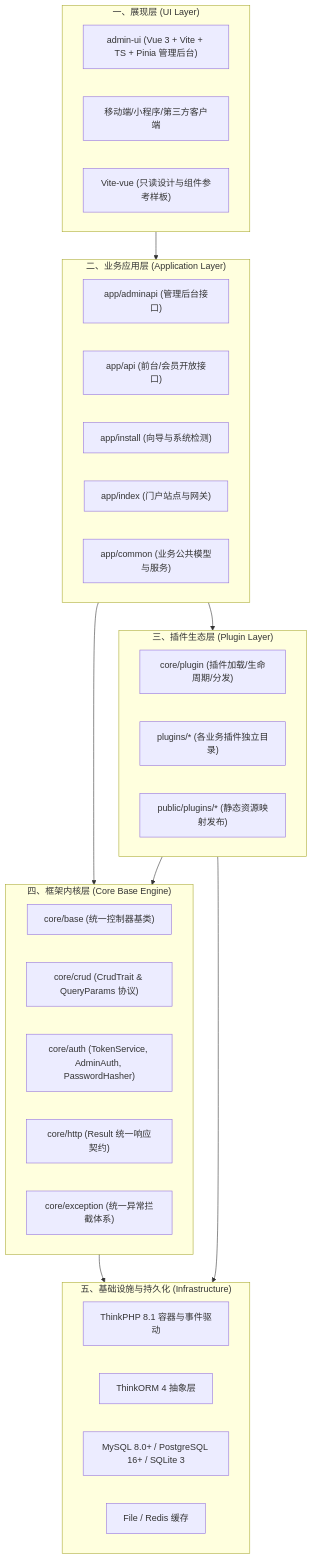
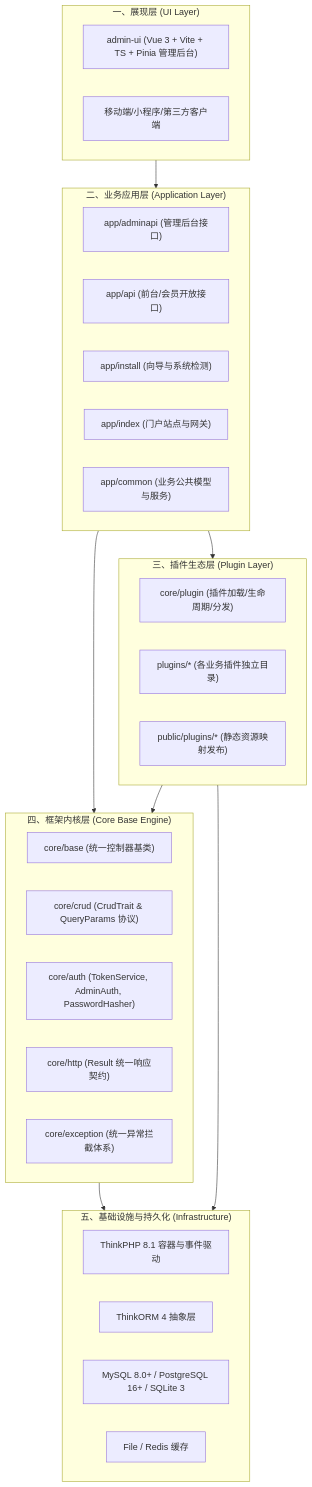
One commit to hangwei-sun/hwadmin changed the first of 2 diagrams in docs/系统架构设计.md. Above: the diagram before and after it, drawn with Mermaid. The commit also changed other lines of this file and 47 other files, not shown here.

````diff
--- a/docs/系统架构设计.md
+++ b/docs/系统架构设计.md
@@ -11,44 +11,43 @@
 ```mermaid
 graph TD
     subgraph UI["一、展现层 (UI Layer)"]
         AdminUI["admin-ui (Vue 3 + Vite + TS + Pinia 管理后台)"]
         ClientApp["移动端/小程序/第三方客户端"]
-        ViteVue["Vite-vue (只读设计与组件参考样板)"]
     end
 
     subgraph App["二、业务应用层 (Application Layer)"]
         AdminApi["app/adminapi (管理后台接口)"]
         Api["app/api (前台/会员开放接口)"]
         Install["app/install (向导与系统检测)"]
         Index["app/index (门户站点与网关)"]
         Common["app/common (业务公共模型与服务)"]
     end
 
     subgraph Plugin["三、插件生态层 (Plugin Layer)"]
         PluginMgr["core/plugin (插件加载/生命周期/分发)"]
         PluginsDir["plugins/* (各业务插件独立目录)"]
         Assets["public/plugins/* (静态资源映射发布)"]
     end
 
     subgraph Core["四、框架内核层 (Core Base Engine)"]
         BaseCtrl["core/base (统一控制器基类)"]
         CRUD["core/crud (CrudTrait & QueryParams 协议)"]
         Auth["core/auth (TokenService, AdminAuth, PasswordHasher)"]
         Http["core/http (Result 统一响应契约)"]
         Exc["core/exception (统一异常拦截体系)"]
     end
 
     subgraph Infra["五、基础设施与持久化 (Infrastructure)"]
         TP["ThinkPHP 8.1 容器与事件驱动"]
         ORM["ThinkORM 4 抽象层"]
         DB["MySQL 8.0+ / PostgreSQL 16+ / SQLite 3"]
         CacheStore["File / Redis 缓存"]
     end
 
     UI --> App
     App --> Core
     App --> Plugin
     Plugin --> Core
     Core --> Infra
     Plugin --> Infra
 ```
````
